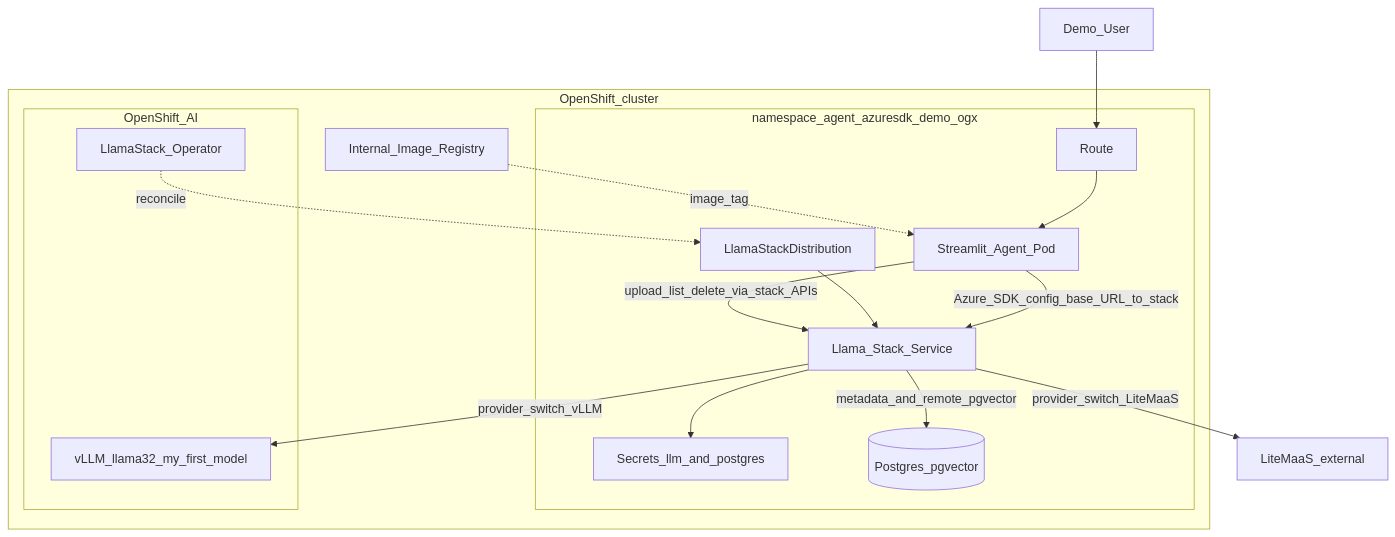
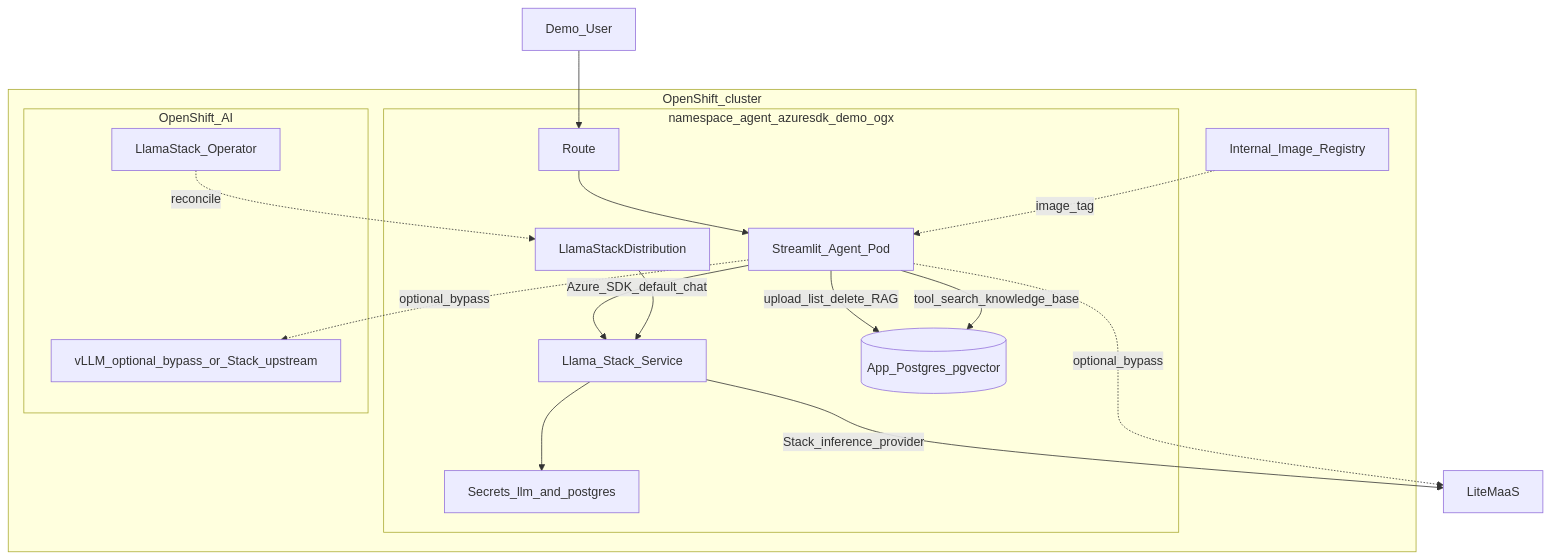
The fourth of 7 diagrams in docs/SPEC.md (maschind/agent-azuresdk-demo), drawn with Mermaid before and after one commit. The commit also changed other lines of this file and 2 other files, not shown here.

````diff
--- a/docs/SPEC.md
+++ b/docs/SPEC.md
@@ -126,31 +151,32 @@
 ```mermaid
 flowchart TB
   User[Demo_User]
   subgraph ocp [OpenShift_cluster]
     subgraph ns [namespace_agent_azuresdk_demo_ogx]
       Route[Route]
       UI[Streamlit_Agent_Pod]
       LSD[LlamaStackDistribution]
       StackSvc[Llama_Stack_Service]
       Secrets[Secrets_llm_and_postgres]
-      PG[(Postgres_pgvector)]
+      PG[(App_Postgres_pgvector)]
       Route --> UI
-      UI -->|"Azure_SDK_config_base_URL_to_stack"| StackSvc
+      UI -->|"Azure_SDK_default_chat"| StackSvc
+      UI -->|"upload_list_delete_RAG"| PG
+      UI -->|"tool_search_knowledge_base"| PG
       LSD --> StackSvc
       StackSvc --> Secrets
-      StackSvc -->|"metadata_and_remote_pgvector"| PG
-      UI -->|"upload_list_delete_via_stack_APIs"| StackSvc
     end
     subgraph rhoai [OpenShift_AI]
       LSO[LlamaStack_Operator]
       LSO -.->|reconcile| LSD
-      VLLM[vLLM_llama32_my_first_model]
+      VLLM[vLLM_optional_bypass_or_Stack_upstream]
     end
     Registry[Internal_Image_Registry]
     Registry -.->|image_tag| UI
   end
-  LiteMaaS[LiteMaaS_external]
+  LiteMaaS[LiteMaaS]
   User --> Route
-  StackSvc -->|"provider_switch_LiteMaaS"| LiteMaaS
-  StackSvc -->|"provider_switch_vLLM"| VLLM
+  StackSvc -->|"Stack_inference_provider"| LiteMaaS
+  UI -.->|"optional_bypass"| LiteMaaS
+  UI -.->|"optional_bypass"| VLLM
 ```
````
